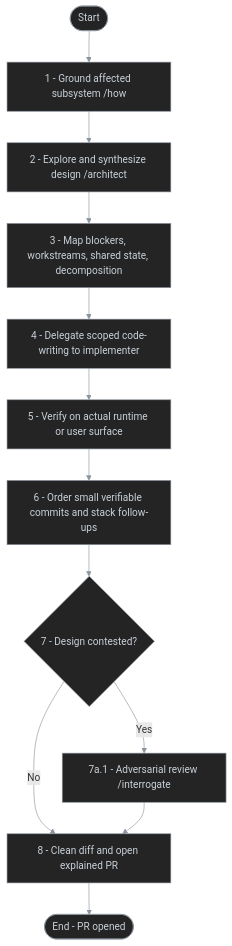
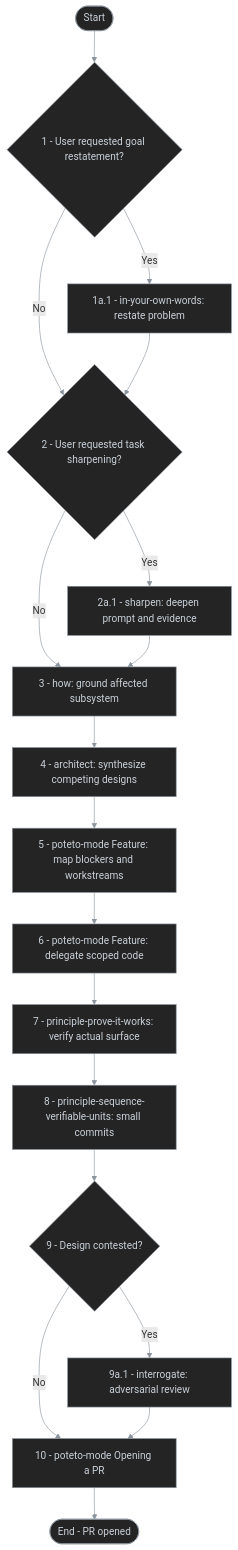
One commit to antshc/brain changed the third of 3 diagrams in docs/research/feature-development-lifecycles-2026-11-01.md. Above: the diagram before and after it, drawn with Mermaid. The commit also changed other lines of this file, not shown here.

Commit message:
docs(research): label lifecycle flowcharts with skill names

````diff
--- a/docs/research/feature-development-lifecycles-2026-11-01.md
+++ b/docs/research/feature-development-lifecycles-2026-11-01.md
@@ -147,22 +156,30 @@
 ```mermaid
 %%{init: {'themeVariables': {'lineColor': '#8b949e'}}}%%
 %% diagram-id: pstack-feature-development-flow
 flowchart TD
     start(["Start"])
-    how["1 - Ground affected subsystem /how"]
-    architect["2 - Explore and synthesize design /architect"]
-    checkpoint["3 - Map blockers, workstreams, shared state, decomposition"]
-    delegate["4 - Delegate scoped code-writing to implementer"]
-    verify["5 - Verify on actual runtime or user surface"]
-    commits["6 - Order small verifiable commits and stack follow-ups"]
-    contested{"7 - Design contested?"}
-    interrogate["7a.1 - Adversarial review /interrogate"]
-    pr["8 - Clean diff and open explained PR"]
+    restate{"1 - User requested goal restatement?"}
+    ownWords["1a.1 - in-your-own-words: restate problem"]
+    deepen{"2 - User requested task sharpening?"}
+    sharpen["2a.1 - sharpen: deepen prompt and evidence"]
+    how["3 - how: ground affected subsystem"]
+    architect["4 - architect: synthesize competing designs"]
+    checkpoint["5 - poteto-mode Feature: map blockers and workstreams"]
+    delegate["6 - poteto-mode Feature: delegate scoped code"]
+    verify["7 - principle-prove-it-works: verify actual surface"]
+    commits["8 - principle-sequence-verifiable-units: small commits"]
+    contested{"9 - Design contested?"}
+    interrogate["9a.1 - interrogate: adversarial review"]
+    pr["10 - poteto-mode Opening a PR"]
     done(["End - PR opened"])
 
-    start --> how --> architect --> checkpoint --> delegate --> verify --> commits --> contested
+    start --> restate
+    restate -- No --> deepen
+    deepen -- No --> how --> architect --> checkpoint --> delegate --> verify --> commits --> contested
     contested -- No --> pr --> done
+    restate -- Yes --> ownWords --> deepen
+    deepen -- Yes --> sharpen --> how
     contested -- Yes --> interrogate --> pr
 
     classDef default fill:#242424,stroke:#8b949e,color:#c9d1d9,stroke-width:1px
 ```
````
